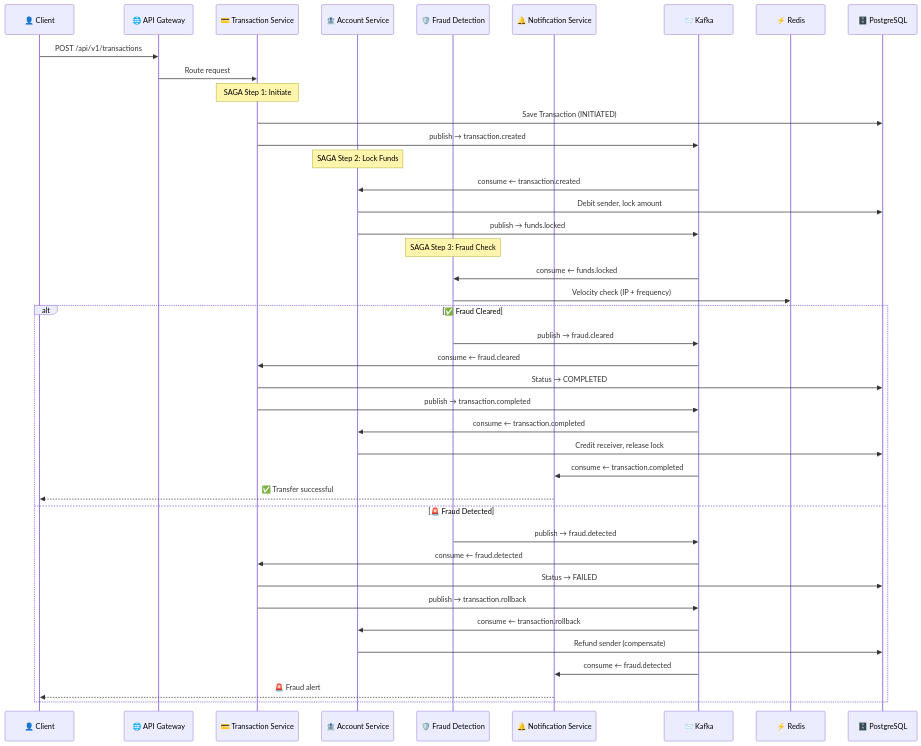
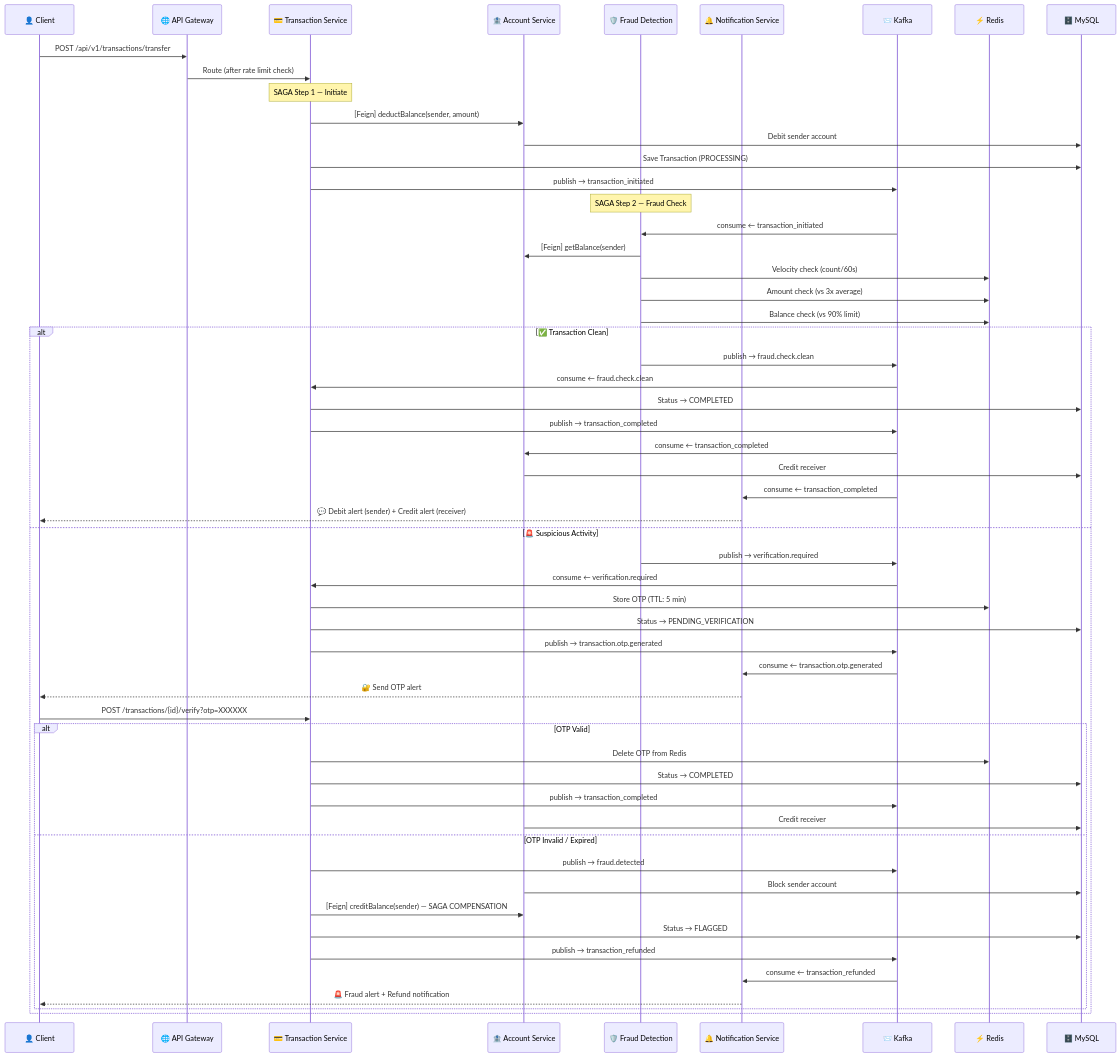
One commit to Phuc101202/DigitalBanking changed the diagram in README.md. Above: the diagram before and after it, drawn with Mermaid. The commit also changed other lines of this file, not shown here.

````diff
--- a/README.md
+++ b/README.md
@@ -78,48 +80,65 @@
 ```mermaid
 sequenceDiagram
     participant C as 👤 Client
     participant GW as 🌐 API Gateway
     participant TS as 💳 Transaction Service
     participant AS as 🏦 Account Service
     participant FD as 🛡️ Fraud Detection
     participant NS as 🔔 Notification Service
     participant K as 📨 Kafka
     participant R as ⚡ Redis
-    participant DB as 🗄️ PostgreSQL
+    participant DB as 🗄️ MySQL
 
-    C->>GW: POST /api/v1/transactions
-    GW->>TS: Route request
+    C->>GW: POST /api/v1/transactions/transfer
+    GW->>TS: Route (after rate limit check)
 
-    Note over TS: SAGA Step 1: Initiate
-    TS->>DB: Save Transaction (INITIATED)
-    TS->>K: publish → transaction.created
+    Note over TS: SAGA Step 1 — Initiate
+    TS->>AS: [Feign] deductBalance(sender, amount)
+    AS->>DB: Debit sender account
+    TS->>DB: Save Transaction (PROCESSING)
+    TS->>K: publish → transaction_initiated
 
-    Note over AS: SAGA Step 2: Lock Funds
-    K->>AS: consume ← transaction.created
-    AS->>DB: Debit sender, lock amount
-    AS->>K: publish → funds.locked
+    Note over FD: SAGA Step 2 — Fraud Check
+    K->>FD: consume ← transaction_initiated
+    FD->>AS: [Feign] getBalance(sender)
+    FD->>R: Velocity check (count/60s)
+    FD->>R: Amount check (vs 3x average)
+    FD->>R: Balance check (vs 90% limit)
 
-    Note over FD: SAGA Step 3: Fraud Check
-    K->>FD: consume ← funds.locked
-    FD->>R: Velocity check (IP + frequency)
-    
-    alt ✅ Fraud Cleared
-        FD->>K: publish → fraud.cleared
-        K->>TS: consume ← fraud.cleared
+    alt ✅ Transaction Clean
+        FD->>K: publish → fraud.check.clean
+        K->>TS: consume ← fraud.check.clean
         TS->>DB: Status → COMPLETED
-        TS->>K: publish → transaction.completed
-        K->>AS: consume ← transaction.completed
-        AS->>DB: Credit receiver, release lock
-        K->>NS: consume ← transaction.completed
-        NS-->>C: ✅ Transfer successful
-    else 🚨 Fraud Detected
-        FD->>K: publish → fraud.detected
-        K->>TS: consume ← fraud.detected
-        TS->>DB: Status → FAILED
-        TS->>K: publish → transaction.rollback
-        K->>AS: consume ← transaction.rollback
-        AS->>DB: Refund sender (compensate)
-        K->>NS: consume ← fraud.detected
-        NS-->>C: 🚨 Fraud alert
+        TS->>K: publish → transaction_completed
+        K->>AS: consume ← transaction_completed
+        AS->>DB: Credit receiver
+        K->>NS: consume ← transaction_completed
+        NS-->>C: 💬 Debit alert (sender) + Credit alert (receiver)
+
+    else 🚨 Suspicious Activity
+        FD->>K: publish → verification.required
+        K->>TS: consume ← verification.required
+        TS->>R: Store OTP (TTL: 5 min)
+        TS->>DB: Status → PENDING_VERIFICATION
+        TS->>K: publish → transaction.otp.generated
+        K->>NS: consume ← transaction.otp.generated
+        NS-->>C: 🔐 Send OTP alert
+
+        C->>TS: POST /transactions/{id}/verify?otp=XXXXXX
+
+        alt OTP Valid
+            TS->>R: Delete OTP from Redis
+            TS->>DB: Status → COMPLETED
+            TS->>K: publish → transaction_completed
+            AS->>DB: Credit receiver
+        else OTP Invalid / Expired
+            TS->>K: publish → fraud.detected
+            AS->>DB: Block sender account
+            TS->>AS: [Feign] creditBalance(sender) — SAGA COMPENSATION
+            TS->>DB: Status → FLAGGED
+            TS->>K: publish → transaction_refunded
+            K->>NS: consume ← transaction_refunded
+            NS-->>C: 🚨 Fraud alert + Refund notification
+        end
     end
 ```
````
